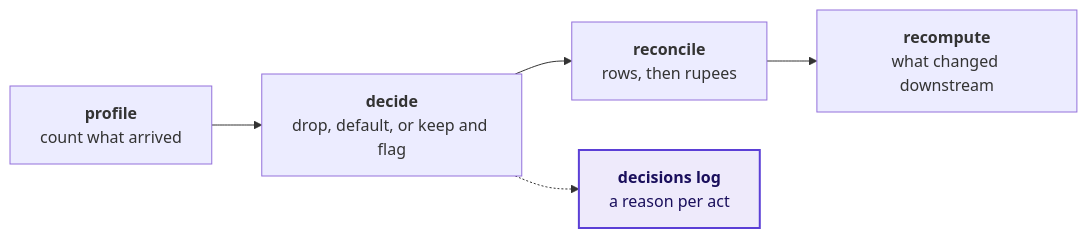
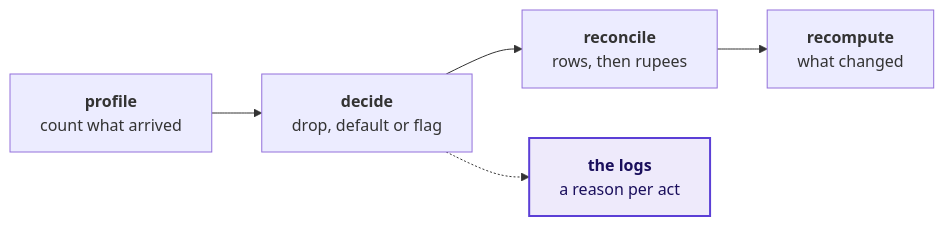
The third of 19 diagrams in content/W01/D3/slides/C2_W01_D03_half1_STUDENT.md (fde-academy-lab/c2-content-factory), drawn with Mermaid before and after one commit. The commit also changed other lines of this file and 10 other files, not shown here.

````diff
--- a/content/W01/D3/slides/C2_W01_D03_half1_STUDENT.md
+++ b/content/W01/D3/slides/C2_W01_D03_half1_STUDENT.md
@@ -122,9 +112,9 @@
 ```mermaid
 flowchart LR
-    P["<b>profile</b><br/>count what arrived"] --> C["<b>decide</b><br/>drop, default, or keep and flag"]
+    P["<b>profile</b><br/>count what arrived"] --> C["<b>decide</b><br/>drop, default or flag"]
     C --> R["<b>reconcile</b><br/>rows, then rupees"]
-    R --> T["<b>recompute</b><br/>what changed downstream"]
-    C -.-> L["<b>decisions log</b><br/>a reason per act"]
+    R --> T["<b>recompute</b><br/>what changed"]
+    C -.-> L["<b>the logs</b><br/>a reason per act"]
     classDef known fill:#EEEAFB,stroke:#5B3FD6,color:#1A0F5C,stroke-width:2px
     class L known
 ```
````
